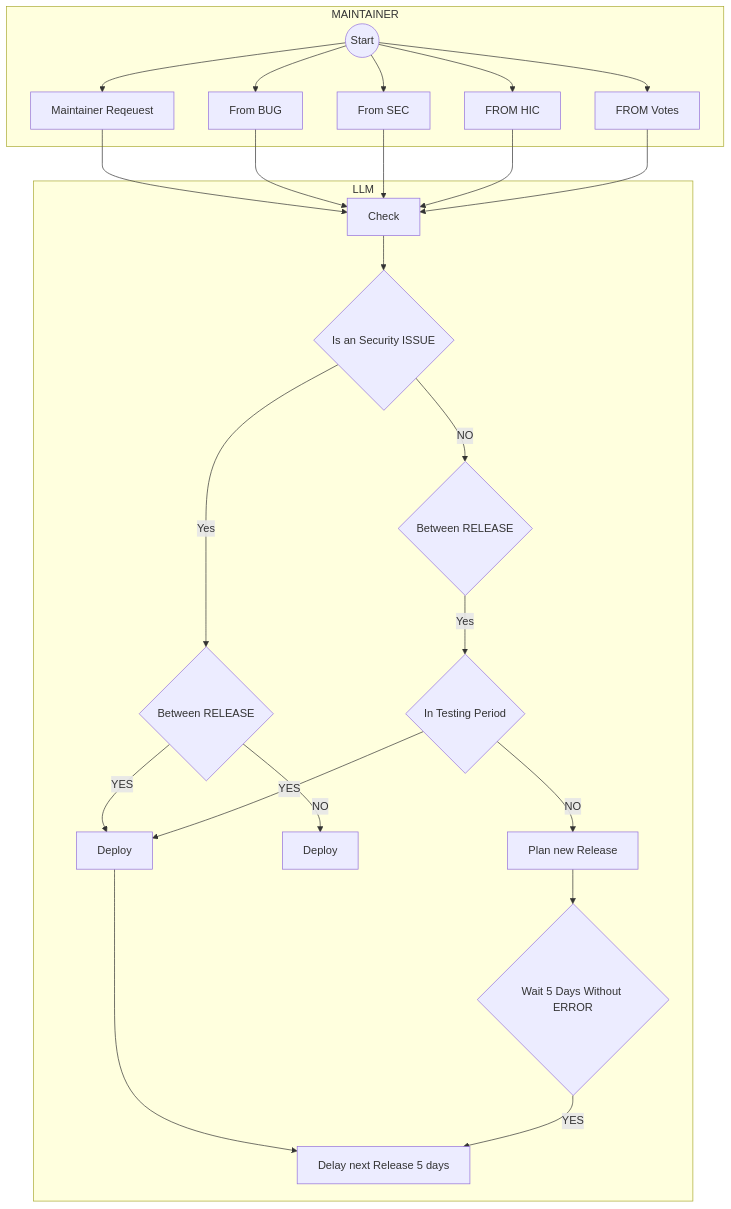
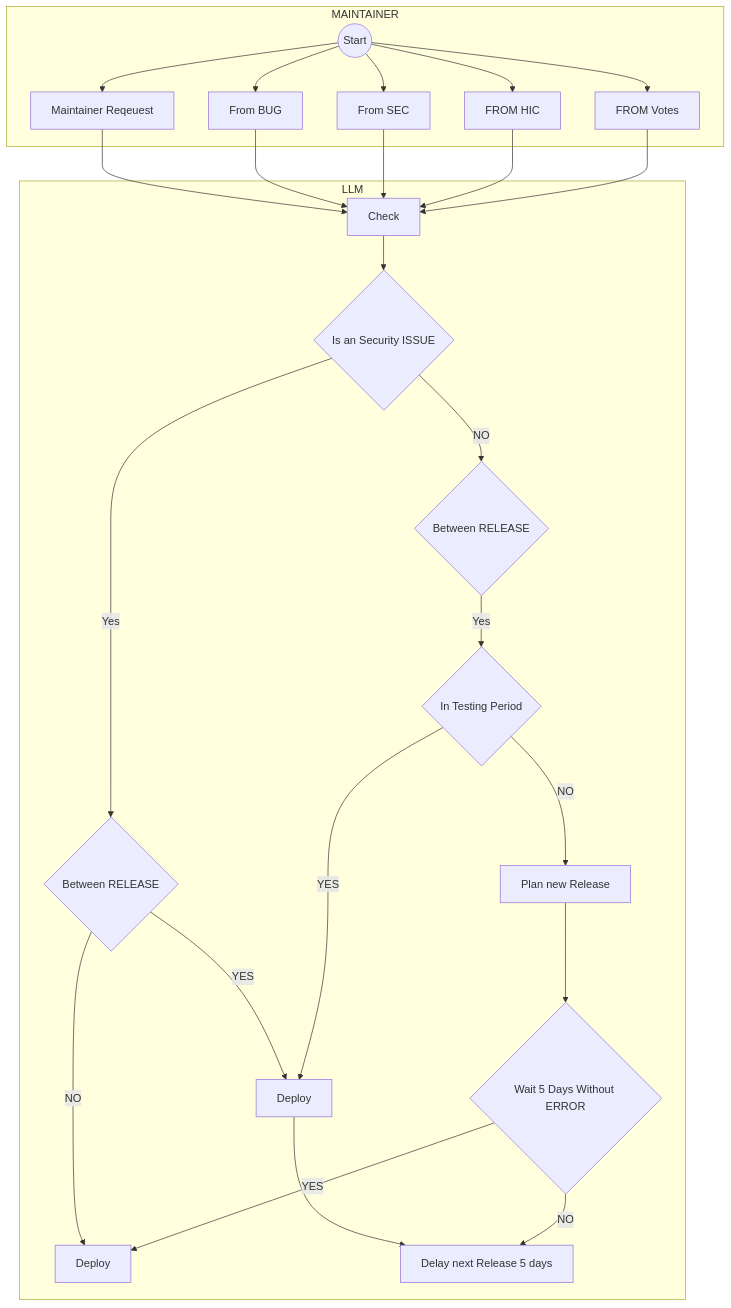
The diagram in docs/workflow_release.md (GFGMNET/Workspace), drawn with Mermaid before and after one commit.

````diff
--- a/docs/workflow_release.md
+++ b/docs/workflow_release.md
@@ -1,49 +1,50 @@
 ```mermaid
 flowchart TD
  subgraph MAINTAINER
     STA@{ shape: circle, label: "Start" }
 	DEC[Maintainer Reqeuest]
 	BUG[From BUG]
 	SEC[From SEC]
 	HIC[FROM HIC]
 	VOT[FROM Votes]
  end
  subgraph LLM
   CHE[Check]
   DEP[Deploy]
   DIF[Deploy]
   BET{Between RELEASE}
   BIT{Between RELEASE}
   ISEC{Is an Security ISSUE}
   WAU{Wait 5 Days Without ERROR}
   DEL[Delay next Release 5 days]
   TES{In Testing Period}
   PLAN[Plan new Release]
  end
   
  
  
  STA --> DEC
  STA --> BUG
  STA --> SEC
  STA --> HIC
  STA --> VOT
  DEC --> CHE 
  BUG --> CHE 
  SEC --> CHE 
  HIC --> CHE 
  VOT --> CHE 
  CHE --> ISEC
  ISEC --> |Yes|BET
  BET --> |YES|DEP 
  BET --> |NO|DIF
  DEP --> DEL
  ISEC --> |NO|BIT
  BIT --> |Yes|TES
  TES --> |YES| DEP
  TES --> |NO| PLAN
  PLAN --> WAU
- WAU --> |YES|DEL
+ WAU --> |NO|DEL
+ WAU --> |YES|DIF
  
  
  ```
````
